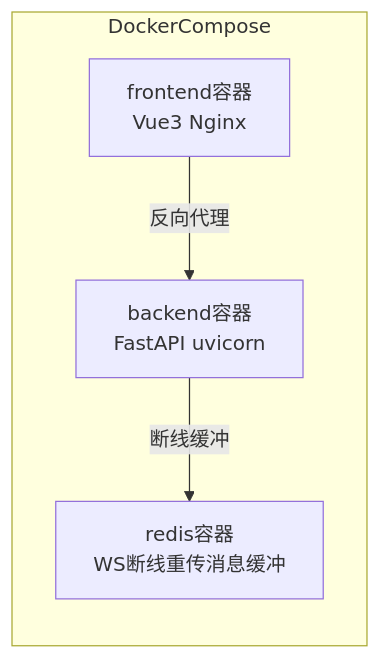
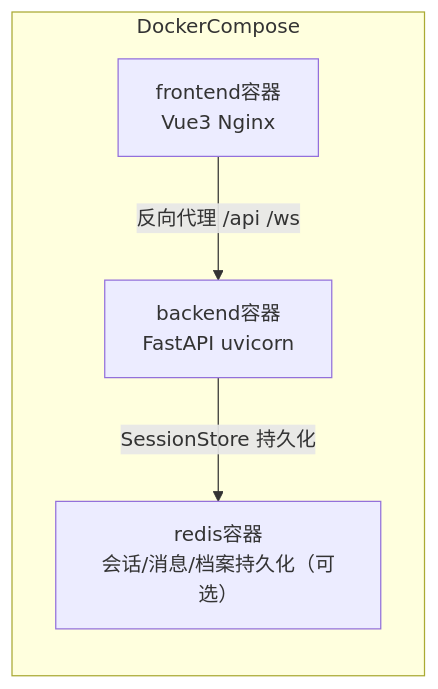
One commit to lz204/ai-classroom changed the tenth of 10 diagrams in AI_Classroom_多智能体互动教学课堂_项目文档.md. Above: the diagram before and after it, drawn with Mermaid. The commit also changed other lines of this file and 1 other file, not shown here.

````diff
--- a/AI_Classroom_多智能体互动教学课堂_项目文档.md
+++ b/AI_Classroom_多智能体互动教学课堂_项目文档.md
@@ -811,10 +966,10 @@
 ```mermaid
 graph LR
     subgraph DockerCompose
         C1[frontend容器<br/>Vue3 Nginx]
         C2[backend容器<br/>FastAPI uvicorn]
-        C3[redis容器<br/>WS断线重传消息缓冲]
+        C3[redis容器<br/>会话/消息/档案持久化（可选）]
     end
-    C1 -->|反向代理| C2
-    C2 -->|断线缓冲| C3
+    C1 -->|反向代理 /api /ws| C2
+    C2 -->|SessionStore 持久化| C3
 ```
````
